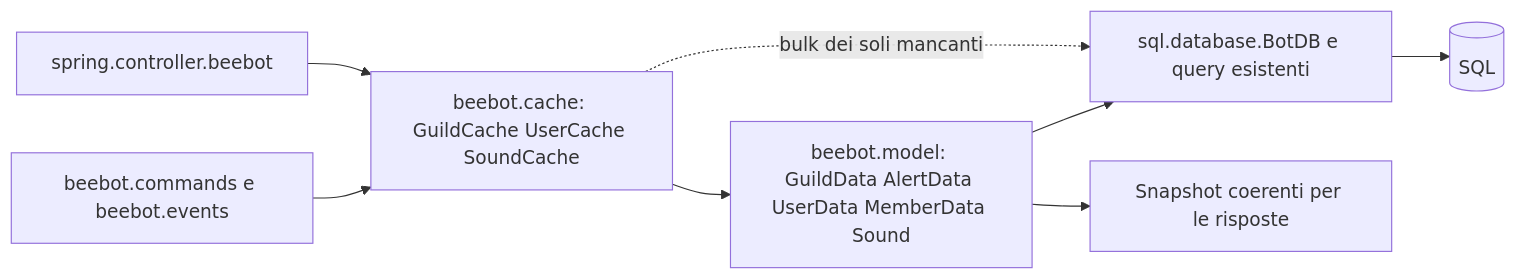
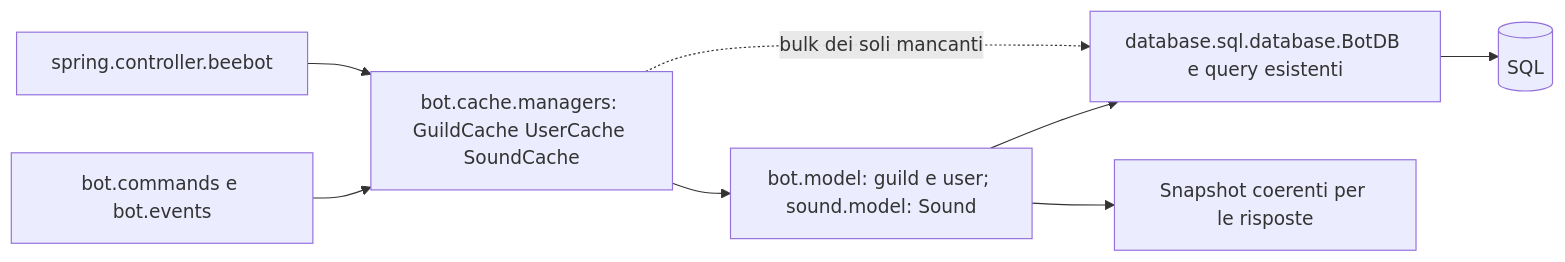
Before and after one commit to SafJNest/Beebot: the diagram in docs/architecture/repository-review.md, drawn with Mermaid. The commit also changed other lines of this file and 20 other files, not shown here.

````diff
--- a/docs/architecture/repository-review.md
+++ b/docs/architecture/repository-review.md
@@ -69,10 +73,10 @@
 ```mermaid
 flowchart LR
-    bot["beebot.commands e beebot.events"] --> cache["beebot.cache: GuildCache UserCache SoundCache"]
+    bot["bot.commands e bot.events"] --> cache["bot.cache.managers: GuildCache UserCache SoundCache"]
     api["spring.controller.beebot"] --> cache
-    cache --> data["beebot.model: GuildData AlertData UserData MemberData Sound"]
-    data --> db["sql.database.BotDB e query esistenti"]
+    cache --> data["bot.model: guild e user; sound.model: Sound"]
+    data --> db["database.sql.database.BotDB e query esistenti"]
     db --> sql[(SQL)]
     cache -. bulk dei soli mancanti .-> db
     data --> view[Snapshot coerenti per le risposte]
 ```
````
